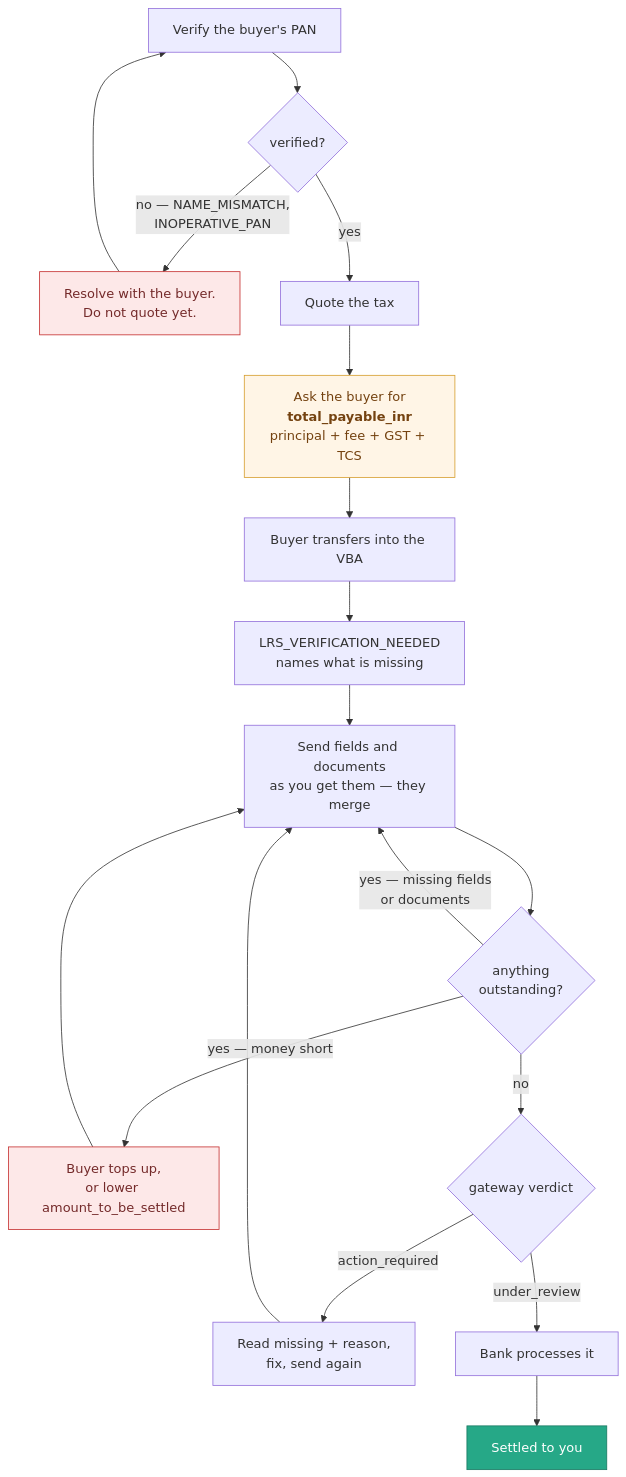
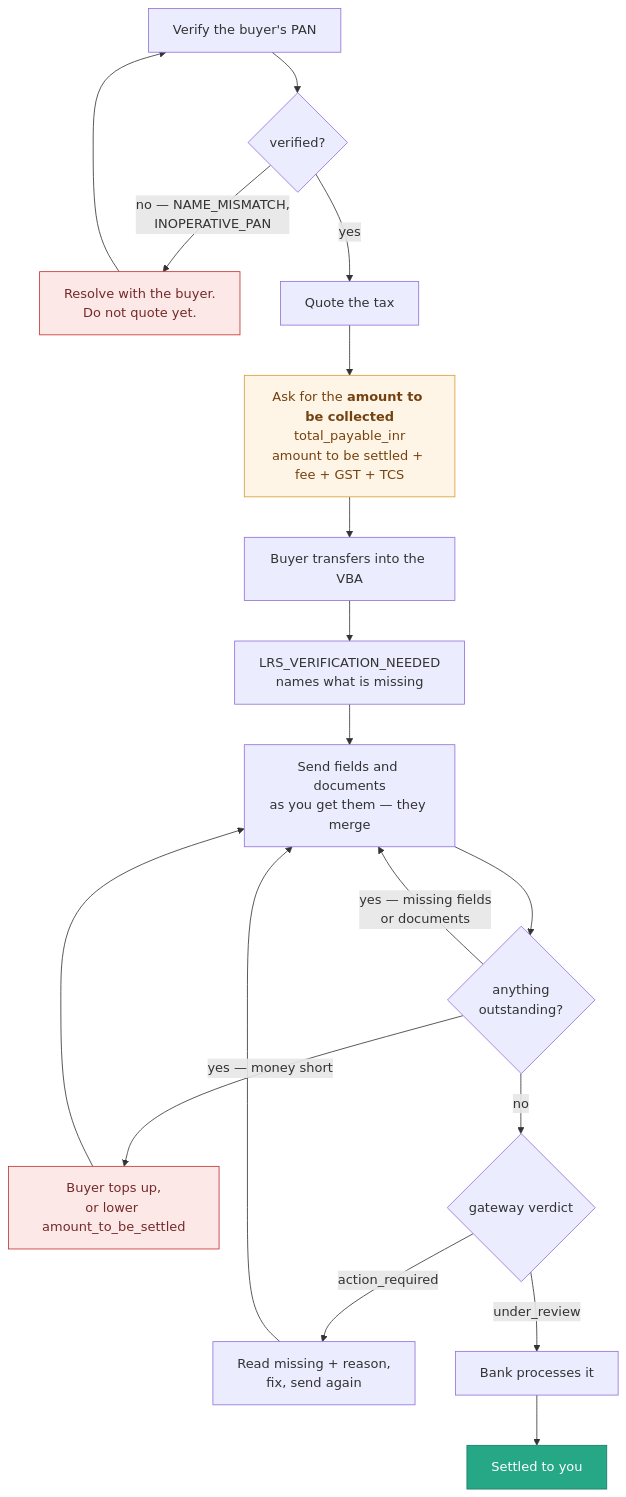
Before and after one commit to akhil-kumar-mg-mint/docs: the diagram in integration-guide/v3/web-integration/lrs-verification.mdx, drawn with Mermaid. The commit also changed other lines of this file and 6 other files, not shown here.

````diff
--- a/integration-guide/v3/web-integration/lrs-verification.mdx
+++ b/integration-guide/v3/web-integration/lrs-verification.mdx
@@ -20,25 +20,25 @@
 ```mermaid
 flowchart TD
     A["Verify the buyer's PAN"] --> B{"verified?"}
     B -->|"no — NAME_MISMATCH,<br/>INOPERATIVE_PAN"| B1["Resolve with the buyer.<br/>Do not quote yet."]
     B1 --> A
     B -->|yes| C["Quote the tax"]
-    C --> D["Ask the buyer for<br/><b>total_payable_inr</b><br/>principal + fee + GST + TCS"]
+    C --> D["Ask for the <b>amount to be collected</b><br/>total_payable_inr<br/>amount to be settled + fee + GST + TCS"]
     D --> E["Buyer transfers into the VBA"]
     E --> F["LRS_VERIFICATION_NEEDED<br/>names what is missing"]
     F --> G["Send fields and documents<br/>as you get them — they merge"]
     G --> H{"anything<br/>outstanding?"}
     H -->|"yes — missing fields<br/>or documents"| G
     H -->|"yes — money short"| M["Buyer tops up,<br/>or lower amount_to_be_settled"]
     M --> G
     H -->|no| I{"gateway verdict"}
     I -->|action_required| J["Read missing + reason,<br/>fix, send again"]
     J --> G
     I -->|under_review| K["Bank processes it"]
     K --> L["Settled to you"]
 
     style L fill:#26a887,stroke:#1a7a63,color:#fff
     style B1 fill:#fde8e8,stroke:#c53030,color:#742a2a
     style M fill:#fde8e8,stroke:#c53030,color:#742a2a
     style D fill:#fff5e6,stroke:#d69e2e,color:#744210
 ```
````
